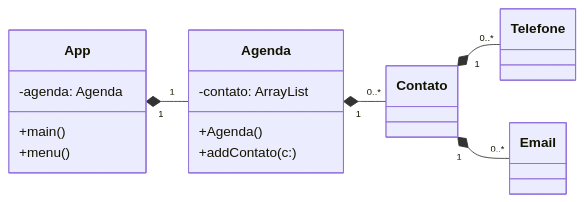
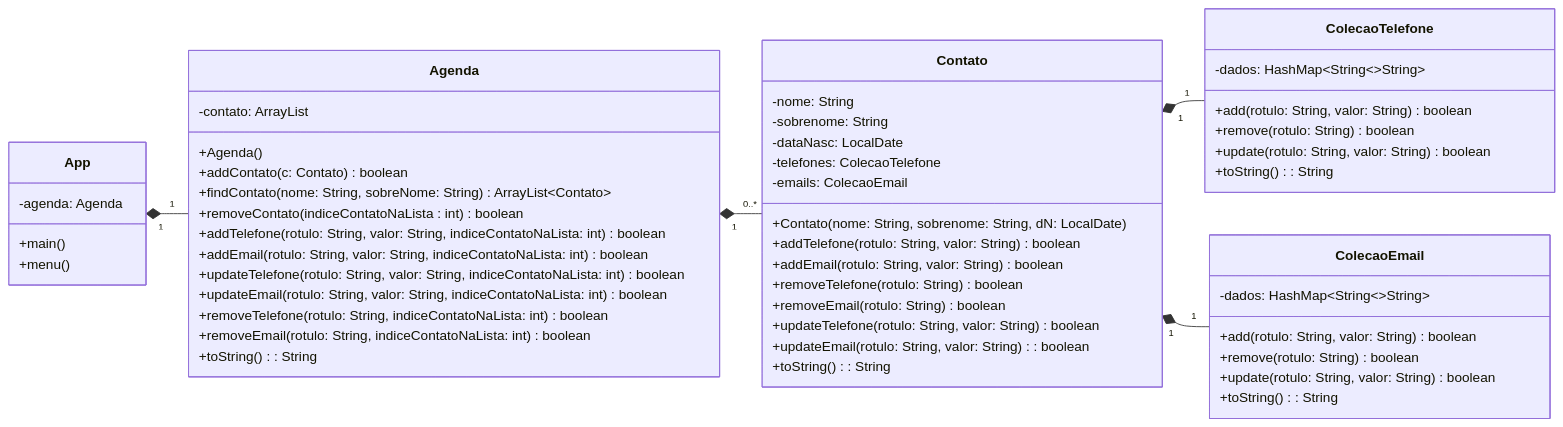
Before and after one commit to thaliab13-web/POO: the diagram in src/main/java/lab17/README.md, drawn with Mermaid. The commit also changed 4 other files, not shown here.

````diff
--- a/src/main/java/lab17/README.md
+++ b/src/main/java/lab17/README.md
@@ -2,31 +2,63 @@
 ```mermaid
 
 classDiagram
     direction LR
     class App {
         -agenda: Agenda
         +main()
         +menu()
-        
     }
     
     class Agenda {
         -contato: ArrayList<Contato>
         +Agenda()
-        +addContato(c:)
+        +addContato(c: Contato) boolean
+        +findContato(nome: String, sobreNome: String) ArrayList~Contato~
+        +removeContato(indiceContatoNaLista : int) boolean
+        +addTelefone(rotulo: String, valor: String, indiceContatoNaLista: int) boolean
+        +addEmail(rotulo: String, valor: String, indiceContatoNaLista: int) boolean
+        +updateTelefone(rotulo: String, valor: String, indiceContatoNaLista: int) boolean
+        +updateEmail(rotulo: String, valor: String, indiceContatoNaLista: int) boolean
+        +removeTelefone(rotulo: String, indiceContatoNaLista: int) boolean
+        +removeEmail(rotulo: String, indiceContatoNaLista: int) boolean
+        +toString(): String
     }
     
     class Contato {
+        -nome: String
+        -sobrenome: String
+        -dataNasc: LocalDate
+        -telefones: ColecaoTelefone
+        -emails: ColecaoEmail
+        +Contato(nome: String, sobrenome: String, dN: LocalDate)
+        +addTelefone(rotulo: String, valor: String) boolean
+        +addEmail(rotulo: String, valor: String) boolean
+        +removeTelefone(rotulo: String) boolean
+        +removeEmail(rotulo: String) boolean
+        +updateTelefone(rotulo: String, valor: String) boolean
+        +updateEmail(rotulo: String, valor: String): boolean
+        +toString(): String
+        
+        
     }
     
-    class Telefone {
-        
+    class ColecaoTelefone {
+        -dados: HashMap~String~~String~
+        +add(rotulo: String, valor: String) boolean
+        +remove(rotulo: String) boolean
+        +update(rotulo: String, valor: String) boolean
+        +toString(): String
     }
-    class Email {
+    class ColecaoEmail {
+        -dados: HashMap~String~~String~
+        +add(rotulo: String, valor: String) boolean
+        +remove(rotulo: String) boolean
+        +update(rotulo: String, valor: String) boolean
+        +toString(): String
         
     }
     App "1" *-- "1" Agenda
    Agenda "1" *-- "0..*" Contato
-   Contato "1" *-- "0..*" Telefone
-   Contato "1" *-- "0..*" Email
+   Contato "1" *-- "1" ColecaoTelefone
+   Contato "1" *-- "1" ColecaoEmail
 ``` 
````
